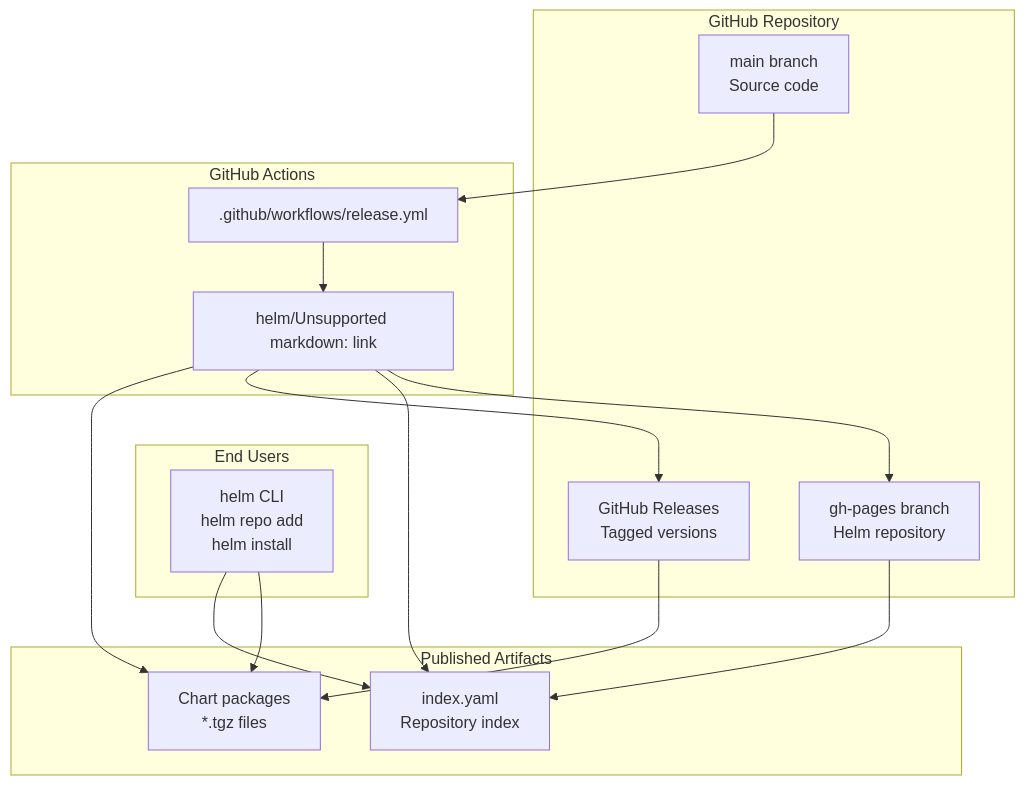
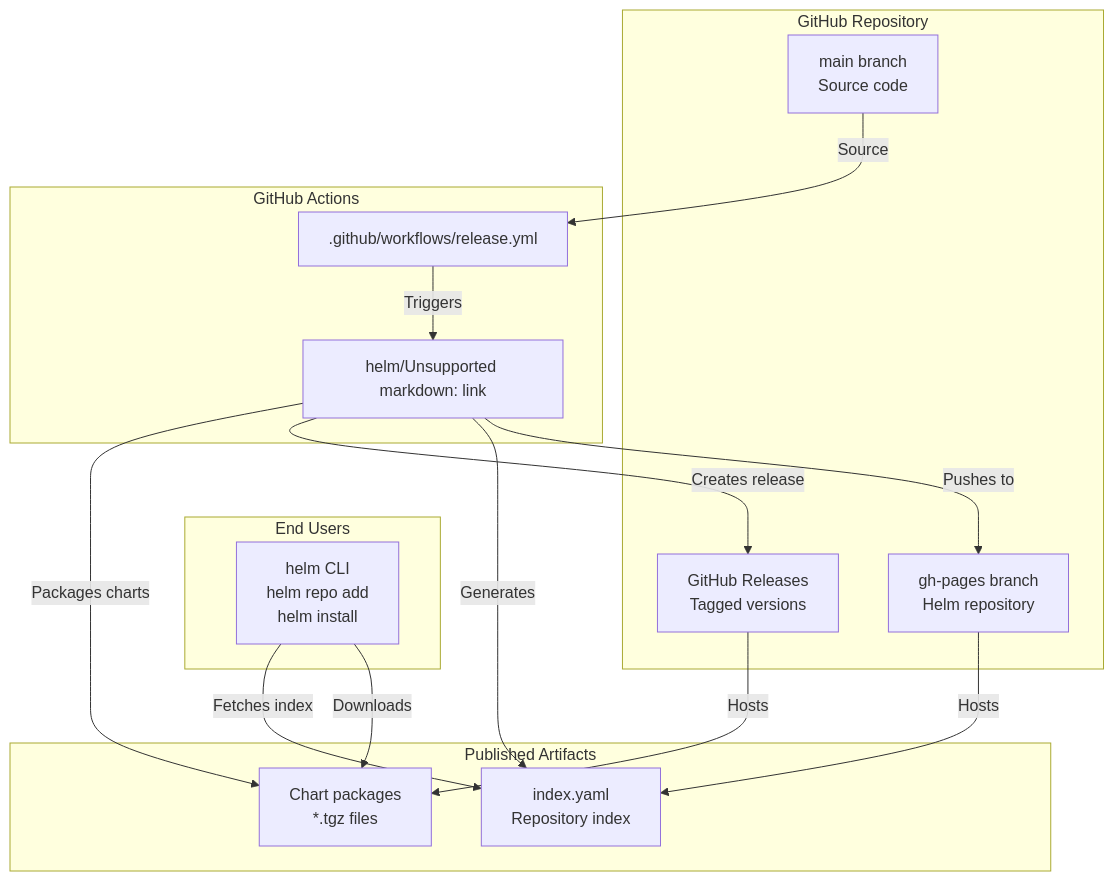
Before and after one commit to openchoreo/openchoreo: the third of 3 diagrams in docs/hyperdxio-helm-charts-docs/Chart-Metadata-and-Packaging.md, drawn with Mermaid. The commit also changed other lines of this file and 85 other files, not shown here.

Commit message:
feat: Add new workflow and specification templates, update Helm chart dependencies, and clarify documentation diagrams.

````diff
--- a/docs/hyperdxio-helm-charts-docs/Chart-Metadata-and-Packaging.md
+++ b/docs/hyperdxio-helm-charts-docs/Chart-Metadata-and-Packaging.md
@@ -225,43 +225,43 @@
 ```mermaid
 flowchart TD
 
 ReleaseWorkflow[".github/workflows/release.yml"]
 ChartReleaser["helm/Unsupported markdown: link"]
 MainBranch["main branch<br>Source code"]
 GHPages["gh-pages branch<br>Helm repository"]
 Releases["GitHub Releases<br>Tagged versions"]
 IndexFile["index.yaml<br>Repository index"]
 ChartArchives["Chart packages<br>*.tgz files"]
 HelmCLI["helm CLI<br>helm repo add<br>helm install"]
 
-ChartReleaser --> ChartArchives
-ChartReleaser --> Releases
-ChartReleaser --> IndexFile
-ChartReleaser --> GHPages
-MainBranch --> ReleaseWorkflow
-GHPages --> IndexFile
-Releases --> ChartArchives
-HelmCLI --> IndexFile
-HelmCLI --> ChartArchives
+ChartReleaser -->|"Packages charts"| ChartArchives
+ChartReleaser -->|"Creates release"| Releases
+ChartReleaser -->|"Generates"| IndexFile
+ChartReleaser -->|"Pushes to"| GHPages
+MainBranch -->|"Source"| ReleaseWorkflow
+GHPages -->|"Hosts"| IndexFile
+Releases -->|"Hosts"| ChartArchives
+HelmCLI -->|"Fetches index"| IndexFile
+HelmCLI -->|"Downloads"| ChartArchives
 
 subgraph subGraph3 ["End Users"]
     HelmCLI
 end
 
 subgraph subGraph2 ["Published Artifacts"]
     IndexFile
     ChartArchives
 end
 
 subgraph subGraph1 ["GitHub Repository"]
     MainBranch
     GHPages
     Releases
 end
 
 subgraph subGraph0 ["GitHub Actions"]
     ReleaseWorkflow
     ChartReleaser
-    ReleaseWorkflow --> ChartReleaser
+    ReleaseWorkflow -->|"Triggers"| ChartReleaser
 end
 ```
````
